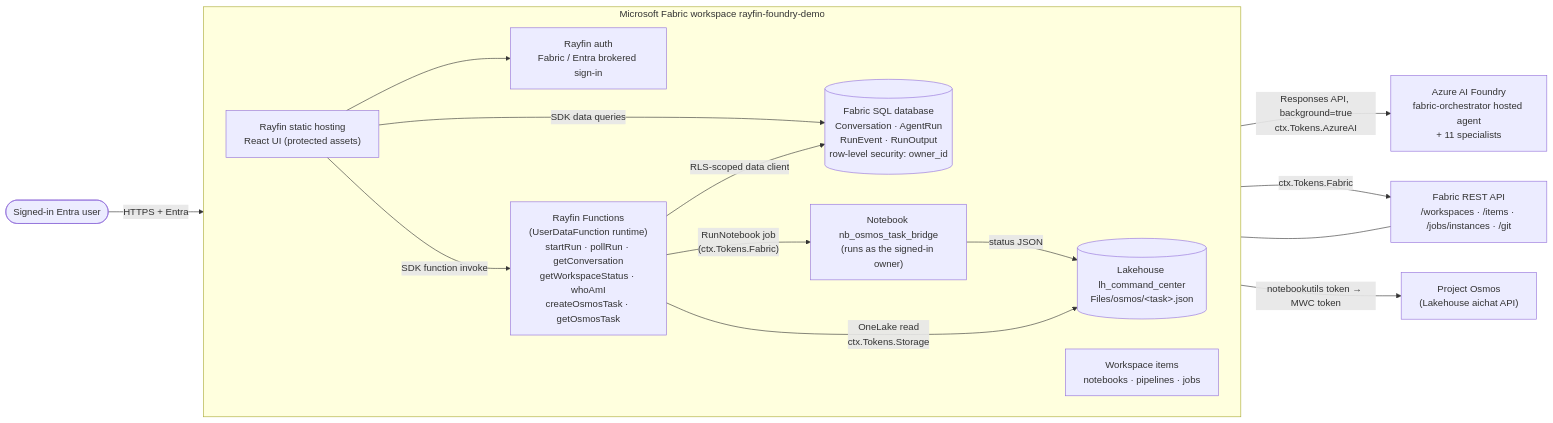
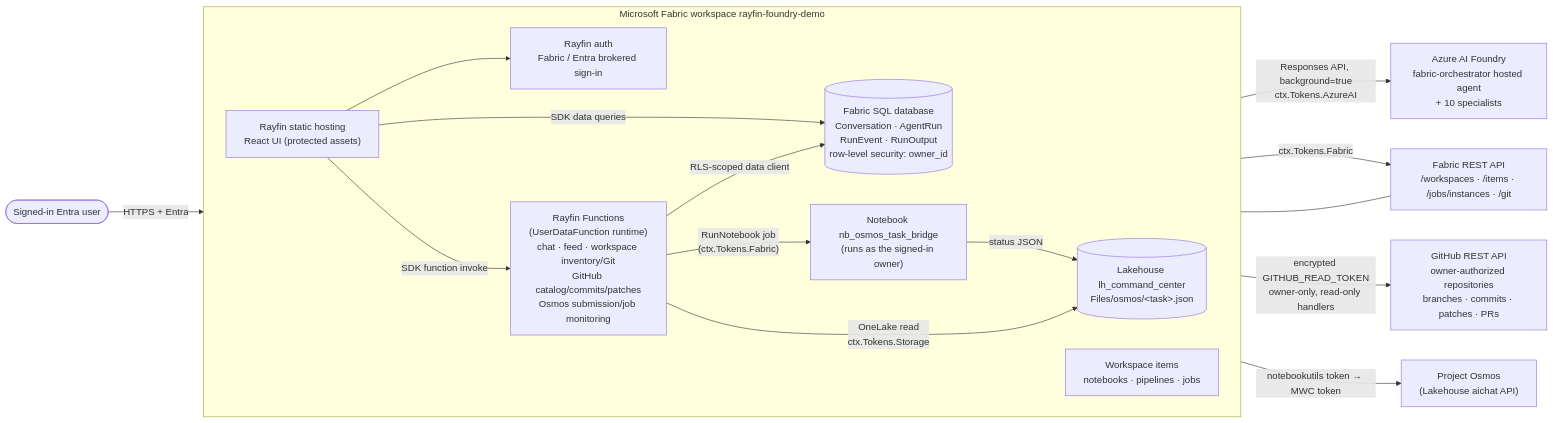
The diagram in fabric-rayfin-dashboard/README.md (christianbjarne/agentic-dev), drawn with Mermaid before and after one commit. The commit also changed other lines of this file and 26 other files, not shown here.

````diff
--- a/fabric-rayfin-dashboard/README.md
+++ b/fabric-rayfin-dashboard/README.md
@@ -24,30 +24,32 @@
 ```mermaid
 flowchart LR
   user([Signed-in Entra user])
   subgraph Fabric["Microsoft Fabric workspace rayfin-foundry-demo"]
     direction LR
     ui["Rayfin static hosting<br/>React UI (protected assets)"]
     auth["Rayfin auth<br/>Fabric / Entra brokered sign-in"]
-    fn["Rayfin Functions<br/>(UserDataFunction runtime)<br/>startRun · pollRun · getConversation<br/>getWorkspaceStatus · whoAmI<br/>createOsmosTask · getOsmosTask"]
+    fn["Rayfin Functions<br/>(UserDataFunction runtime)<br/>chat · feed · workspace inventory/Git<br/>GitHub catalog/commits/patches<br/>Osmos submission/job monitoring"]
     db[("Fabric SQL database<br/>Conversation · AgentRun<br/>RunEvent · RunOutput<br/>row-level security: owner_id")]
     items["Workspace items<br/>notebooks · pipelines · jobs"]
     bridge["Notebook nb_osmos_task_bridge<br/>(runs as the signed-in owner)"]
     lh[("Lakehouse lh_command_center<br/>Files/osmos/&lt;task&gt;.json")]
   end
-  foundry["Azure AI Foundry<br/>fabric-orchestrator hosted agent<br/>+ 11 specialists"]
+  foundry["Azure AI Foundry<br/>fabric-orchestrator hosted agent<br/>+ 10 specialists"]
+  github["GitHub REST API<br/>owner-authorized repositories<br/>branches · commits · patches · PRs"]
   fabricapi["Fabric REST API<br/>/workspaces · /items · /jobs/instances · /git"]
   osmos["Project Osmos<br/>(Lakehouse aichat API)"]
 
   user -->|HTTPS + Entra| ui
   ui --> auth
   ui -->|SDK data queries| db
   ui -->|SDK function invoke| fn
   fn -->|RLS-scoped data client| db
   fn -->|"Responses API, background=true<br/>ctx.Tokens.AzureAI"| foundry
   fn -->|ctx.Tokens.Fabric| fabricapi
+  fn -->|"encrypted GITHUB_READ_TOKEN<br/>owner-only, read-only handlers"| github
   fabricapi --- items
   fn -->|"RunNotebook job<br/>(ctx.Tokens.Fabric)"| bridge
   bridge -->|"notebookutils token → MWC token"| osmos
   bridge -->|status JSON| lh
   fn -->|"OneLake read<br/>ctx.Tokens.Storage"| lh
 ```
````
